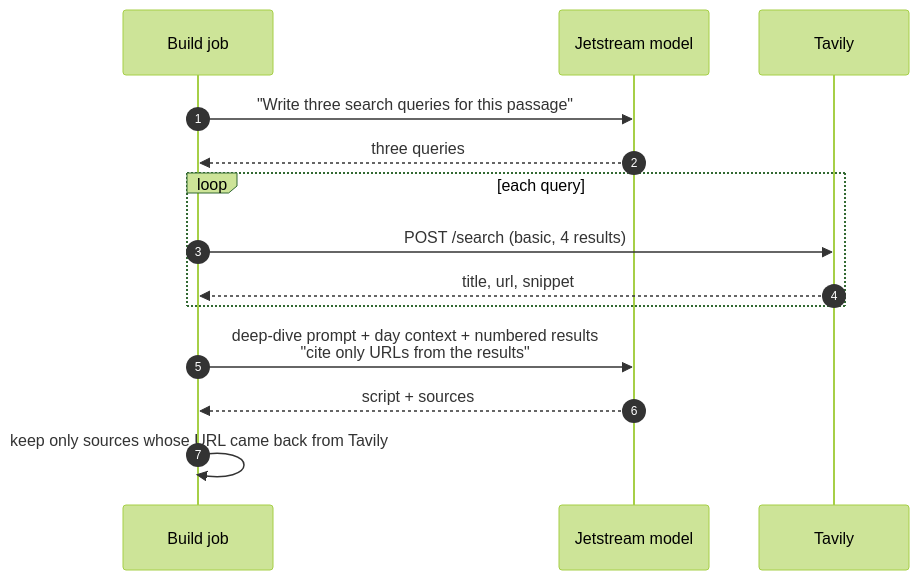
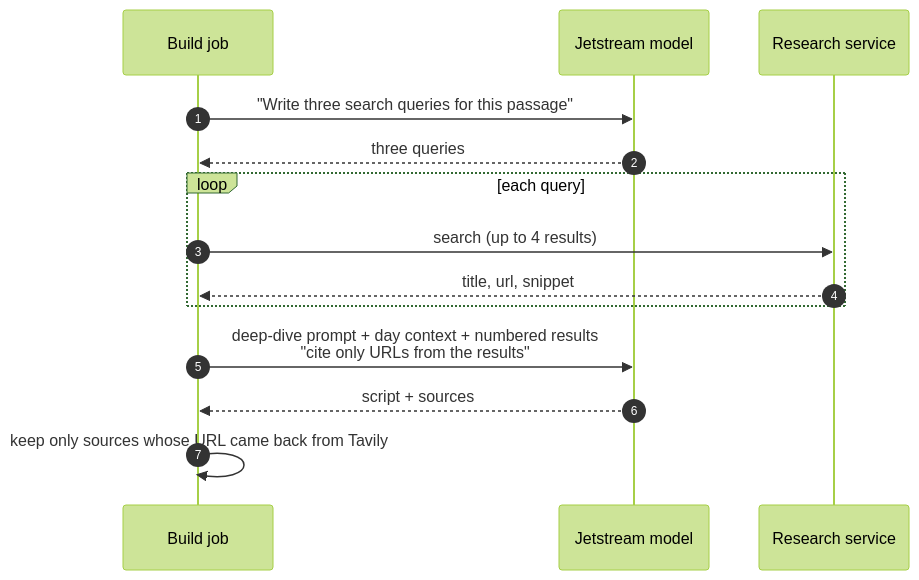
Diagram 13 of 19 in docs/ARCHITECTURE.md (bcollier/ignatius-hw4-api), drawn with Mermaid (forest theme) before and after one commit. The commit also changed other lines of this file and 11 other files, not shown here.

First line of the commit message:
Free-mode research with Exa, Brave Search or Brave Answers as well as Tavily

````diff
--- a/docs/ARCHITECTURE.md
+++ b/docs/ARCHITECTURE.md
@@ -550,16 +557,16 @@
 ```mermaid
 sequenceDiagram
     autonumber
     participant J as Build job
     participant M as Jetstream model
-    participant T as Tavily
+    participant T as Research service
     J->>M: "Write three search queries for this passage"
     M-->>J: three queries
     loop each query
-        J->>T: POST /search (basic, 4 results)
+        J->>T: search (up to 4 results)
         T-->>J: title, url, snippet
     end
     J->>M: deep-dive prompt + day context + numbered results<br/>"cite only URLs from the results"
     M-->>J: script + sources
     J->>J: keep only sources whose URL came back from Tavily
 ```
````
